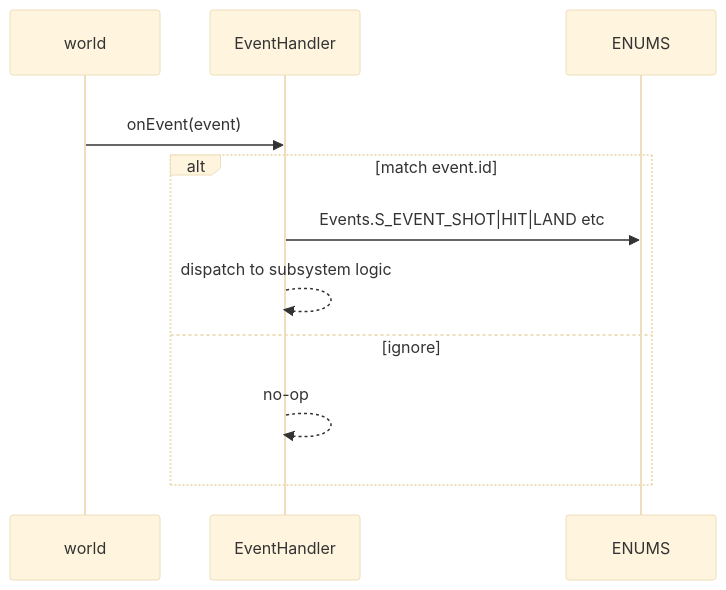
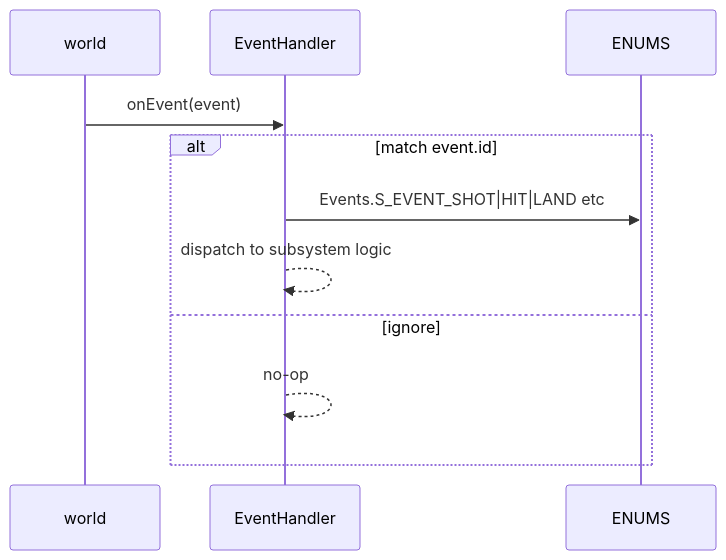
The second of 2 diagrams in docs/enums/events.md (Gh0st352/AETHR), drawn with Mermaid before and after one commit. The commit also changed other lines of this file and 20 other files, not shown here.

First line of the commit message:
docs: unify mermaid themes and clarify module graphs

````diff
--- a/docs/enums/events.md
+++ b/docs/enums/events.md
@@ -73,17 +44,15 @@
 ```mermaid
-%%{init: {"theme":"base"}}%%
+%% shared theme: docs/_mermaid/theme.json %%
 sequenceDiagram
   participant DCS as world
   participant H as EventHandler
   participant EN as ENUMS
 
-  rect rgba(255, 255, 255, 0.75)
-    DCS->>H: onEvent(event)
-    alt match event.id
-      H->>EN: Events.S_EVENT_SHOT|HIT|LAND etc
-      H-->>H: dispatch to subsystem logic
-    else ignore
-      H-->>H: no-op
-    end
+  DCS->>H: onEvent(event)
+  alt match event.id
+    H->>EN: Events.S_EVENT_SHOT|HIT|LAND etc
+    H-->>H: dispatch to subsystem logic
+  else ignore
+    H-->>H: no-op
   end
 ```
````
